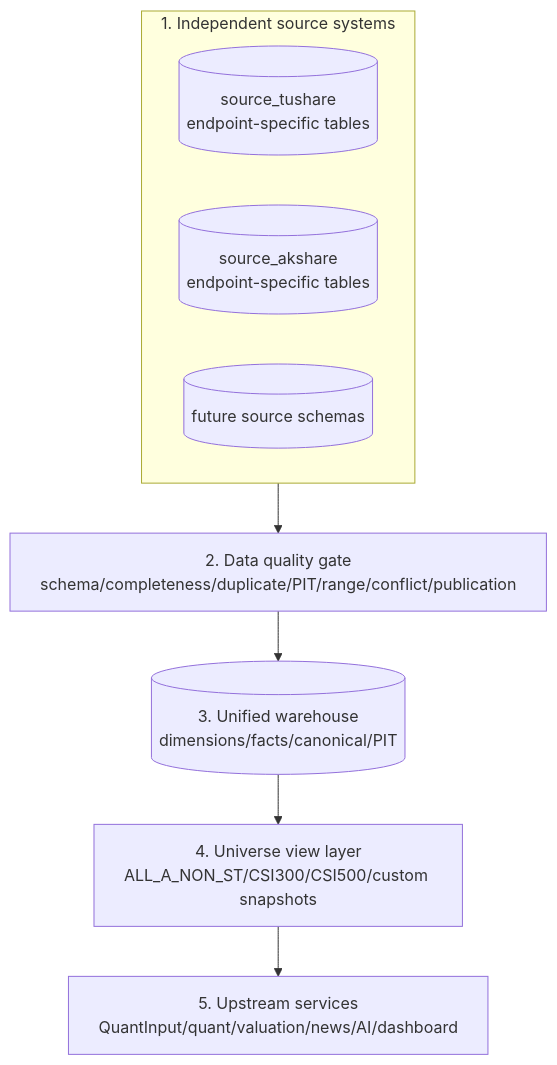
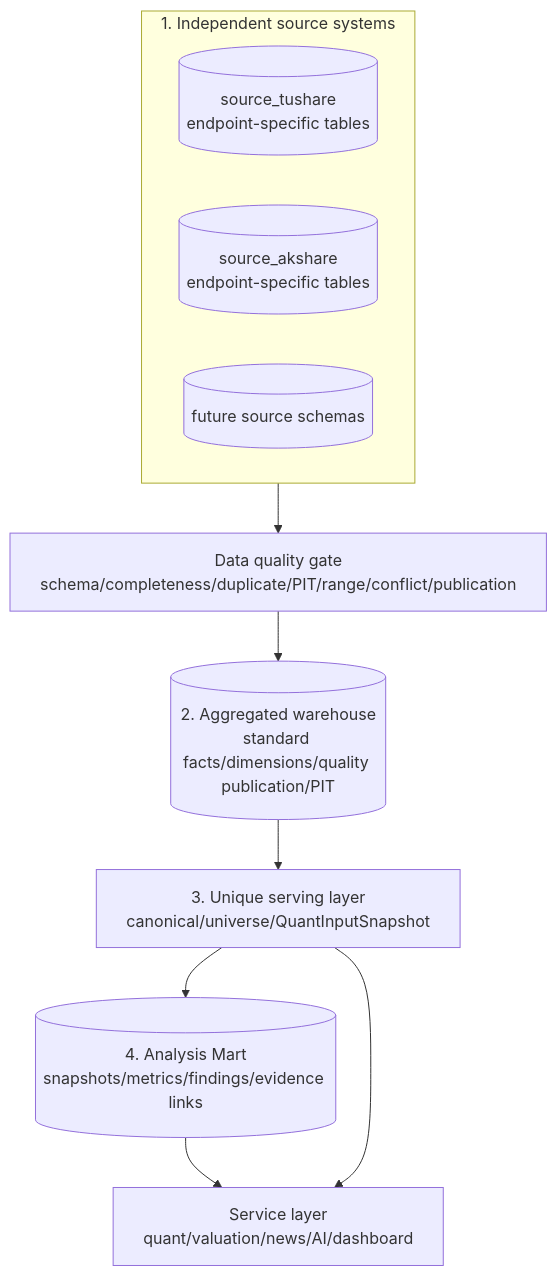
The first of 12 diagrams in docs/design/v0.3/architecture/Margin_Architecture_Design_v0.3_EN.md (RickyW0529/Margin), drawn with Mermaid before and after one commit. The commit also changed other lines of this file and 28 other files, not shown here.

Commit message:
feat: add v0.3 analysis mart

````diff
--- a/docs/design/v0.3/architecture/Margin_Architecture_Design_v0.3_EN.md
+++ b/docs/design/v0.3/architecture/Margin_Architecture_Design_v0.3_EN.md
@@ -22,12 +22,14 @@
 ```mermaid
 flowchart TB
     subgraph S[1. Independent source systems]
         TS[(source_tushare<br/>endpoint-specific tables)]
         AK[(source_akshare<br/>endpoint-specific tables)]
         O[(future source schemas)]
     end
-    S --> Q[2. Data quality gate<br/>schema/completeness/duplicate/PIT/range/conflict/publication]
-    Q --> W[(3. Unified warehouse<br/>dimensions/facts/canonical/PIT)]
-    W --> U[4. Universe view layer<br/>ALL_A_NON_ST/CSI300/CSI500/custom snapshots]
-    U --> A[5. Upstream services<br/>QuantInput/quant/valuation/news/AI/dashboard]
+    S --> Q[Data quality gate<br/>schema/completeness/duplicate/PIT/range/conflict/publication]
+    Q --> W[(2. Aggregated warehouse<br/>standard facts/dimensions/quality publication/PIT)]
+    W --> U[3. Unique serving layer<br/>canonical/universe/QuantInputSnapshot]
+    U --> M[(4. Analysis Mart<br/>snapshots/metrics/findings/evidence links)]
+    M --> A[Service layer<br/>quant/valuation/news/AI/dashboard]
+    U --> A
 ```
````
